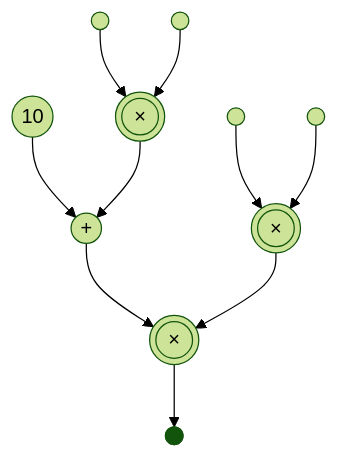
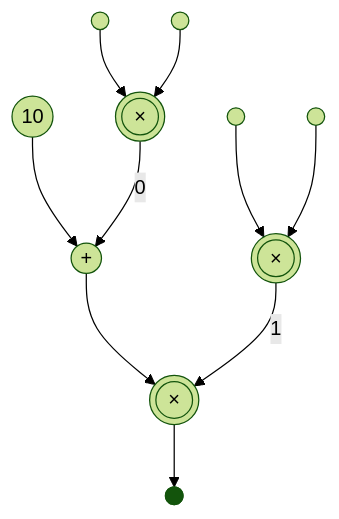
One commit to finiteprods/arith-circ changed the diagram in README.md. Above: the diagram before and after it, drawn with Mermaid (forest theme). The commit also changed other lines of this file and 1 other file, not shown here.

````diff
--- a/README.md
+++ b/README.md
@@ -49,12 +50,12 @@
 ```mermaid
 flowchart TD
     A@{ shape: sm-circ } --> B@{ shape: dbl-circ, label: "×" }
     C@{ shape: sm-circ } --> B
     D@{ shape: sm-circ } --> E@{ shape: dbl-circ, label: "×" }
     F@{ shape: sm-circ } --> E
     G@{ shape: circle, label: "10" } --> H@{ shape: circle, label: "+" }
-    B --> H
+    B -- 0 --> H
     H --> I@{ shape: dbl-circ, label: "×" }
-    E --> I
+    E -- 1 --> I
     I --> J@{ shape: f-circ }
 ```
````
